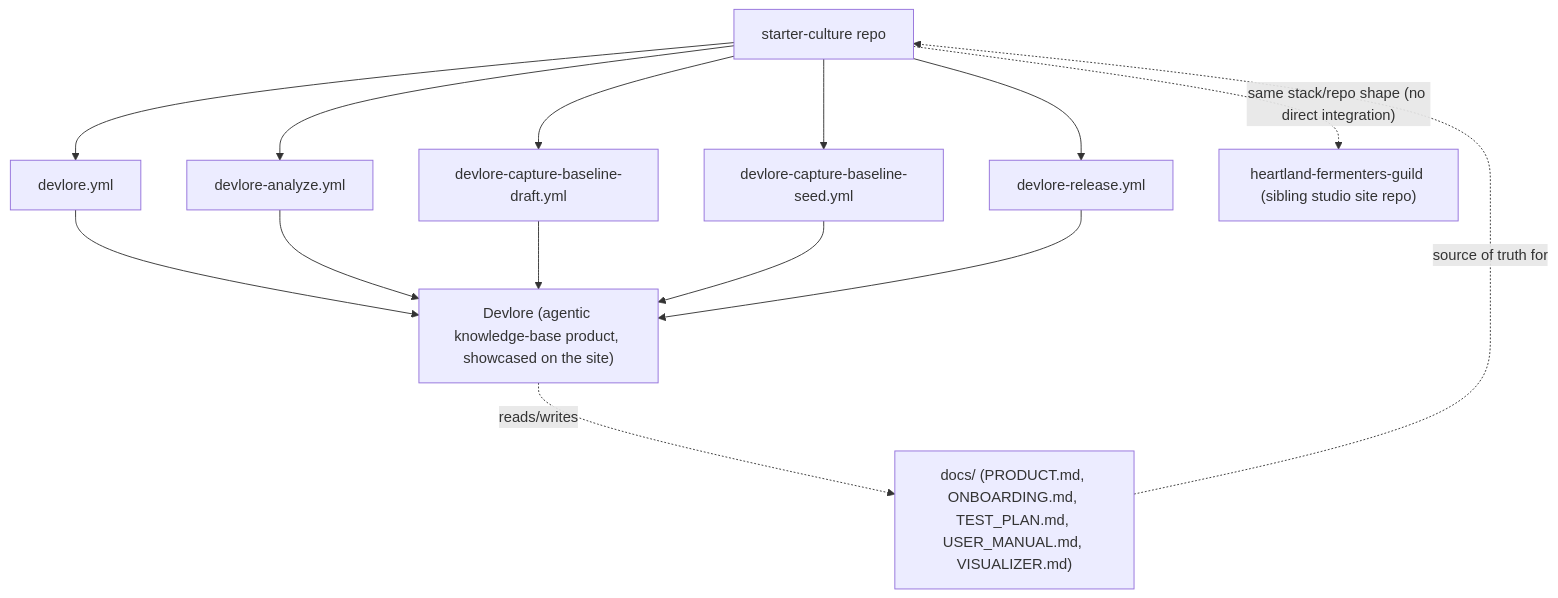
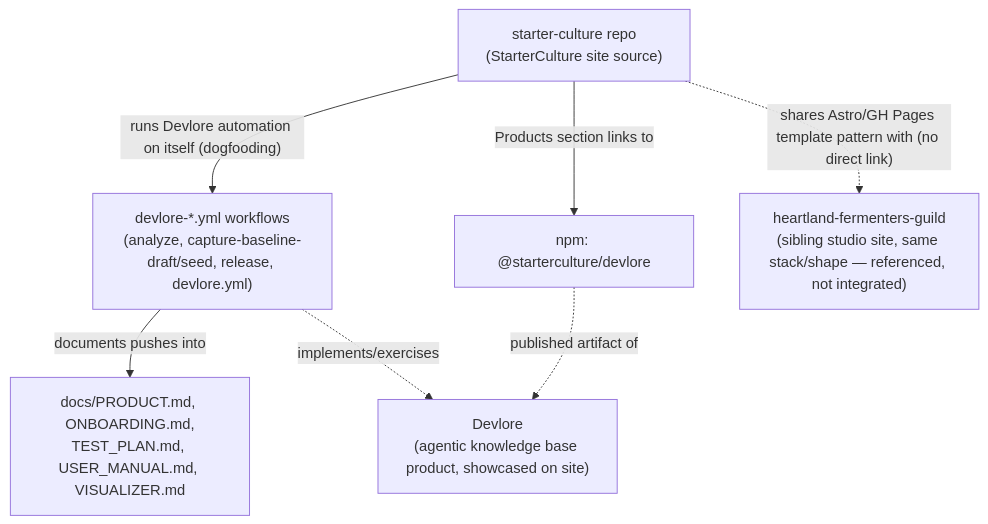
One commit to BubbaF377/starter-culture changed the third of 3 diagrams in docs/VISUALIZER.md. Above: the diagram before and after it, drawn with Mermaid. The commit also changed other lines of this file, not shown here.

Commit message:
Update visualizer (requirements changed): starter-culture

````diff
--- a/docs/VISUALIZER.md
+++ b/docs/VISUALIZER.md
@@ -73,27 +72,16 @@
 ```mermaid
 graph TD
-    Repo["starter-culture repo"]
-    Docs["docs/ (PRODUCT.md, ONBOARDING.md, TEST_PLAN.md, USER_MANUAL.md, VISUALIZER.md)"]
-    WF1["devlore.yml"]
-    WF2["devlore-analyze.yml"]
-    WF3["devlore-capture-baseline-draft.yml"]
-    WF4["devlore-capture-baseline-seed.yml"]
-    WF5["devlore-release.yml"]
-    DevloreProduct["Devlore (agentic knowledge-base product, showcased on the site)"]
-    HFG["heartland-fermenters-guild (sibling studio site repo)"]
+    ThisRepo["starter-culture repo<br/>(StarterCulture site source)"]
+    DevloreWorkflows["devlore-*.yml workflows<br/>(analyze, capture-baseline-draft/seed, release, devlore.yml)"]
+    DevloreProduct["Devlore<br/>(agentic knowledge base product, showcased on site)"]
+    DevloreDocs["docs/PRODUCT.md, ONBOARDING.md,<br/>TEST_PLAN.md, USER_MANUAL.md, VISUALIZER.md"]
+    NpmPkg["npm: @starterculture/devlore"]
+    Sibling["heartland-fermenters-guild<br/>(sibling studio site, same stack/shape — referenced, not integrated)"]
 
-    Repo --> WF1
-    Repo --> WF2
-    Repo --> WF3
-    Repo --> WF4
-    Repo --> WF5
-    WF1 --> DevloreProduct
-    WF2 --> DevloreProduct
-    WF3 --> DevloreProduct
-    WF4 --> DevloreProduct
-    WF5 --> DevloreProduct
-    DevloreProduct -. reads/writes .-> Docs
-    Docs -. source of truth for .-> Repo
-
-    Repo -. "same stack/repo shape (no direct integration)" .-> HFG
+    ThisRepo -- "runs Devlore automation on itself (dogfooding)" --> DevloreWorkflows
+    DevloreWorkflows -- "documents pushes into" --> DevloreDocs
+    DevloreWorkflows -. "implements/exercises" .-> DevloreProduct
+    ThisRepo -- "Products section links to" --> NpmPkg
+    NpmPkg -. "published artifact of" .-> DevloreProduct
+    ThisRepo -. "shares Astro/GH Pages template pattern with (no direct link)" .-> Sibling
 ```
````
